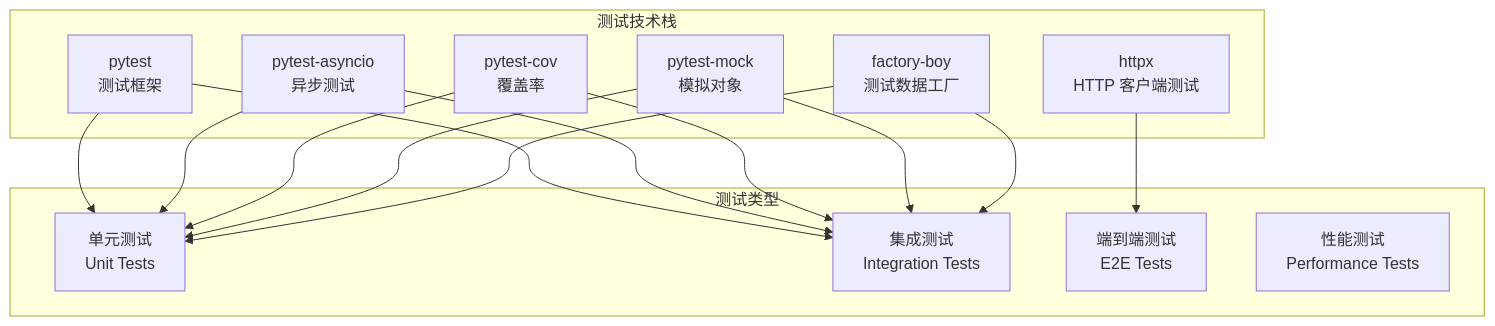
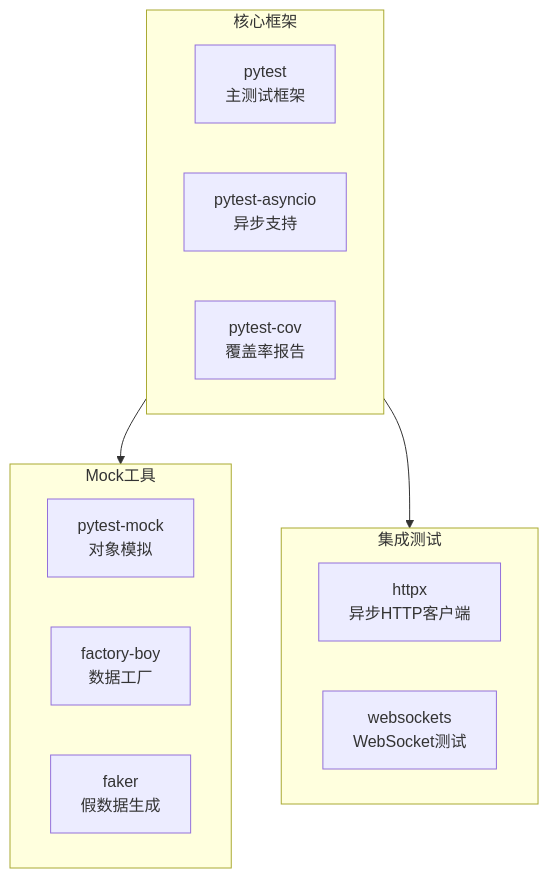
Before and after one commit to ThreeFish-AI/papers: the first of 4 diagrams in docs/04-Testing.md, drawn with Mermaid. The commit also changed other lines of this file, not shown here.

First line of the commit message:
docs(Testing): 精简测试策略文档，优化可读性

````diff
--- a/docs/04-Testing.md
+++ b/docs/04-Testing.md
@@ -9,30 +7,22 @@
 ```mermaid
 graph TB
-    subgraph TestingStack [测试技术栈]
-        A[pytest<br/>测试框架]
-        B[pytest-asyncio<br/>异步测试]
-        C[pytest-cov<br/>覆盖率]
-        D[pytest-mock<br/>模拟对象]
-        E[httpx<br/>HTTP 客户端测试]
-        F[factory-boy<br/>测试数据工厂]
+    subgraph Core [核心框架]
+        A[pytest<br/>主测试框架]
+        B[pytest-asyncio<br/>异步支持]
+        C[pytest-cov<br/>覆盖率报告]
     end
 
-    subgraph TestTypes [测试类型]
-        G[单元测试<br/>Unit Tests]
-        H[集成测试<br/>Integration Tests]
-        I[端到端测试<br/>E2E Tests]
-        J[性能测试<br/>Performance Tests]
+    subgraph Mocking [Mock工具]
+        D[pytest-mock<br/>对象模拟]
+        E[factory-boy<br/>数据工厂]
+        F[faker<br/>假数据生成]
     end
 
-    A --> G
-    A --> H
-    B --> G
-    B --> H
-    C --> G
-    C --> H
-    E --> I
-    D --> G
-    D --> H
-    F --> G
-    F --> H
+    subgraph Integration [集成测试]
+        G[httpx<br/>异步HTTP客户端]
+        H[websockets<br/>WebSocket测试]
+    end
+
+    Core --> Mocking
+    Core --> Integration
 ```
````
